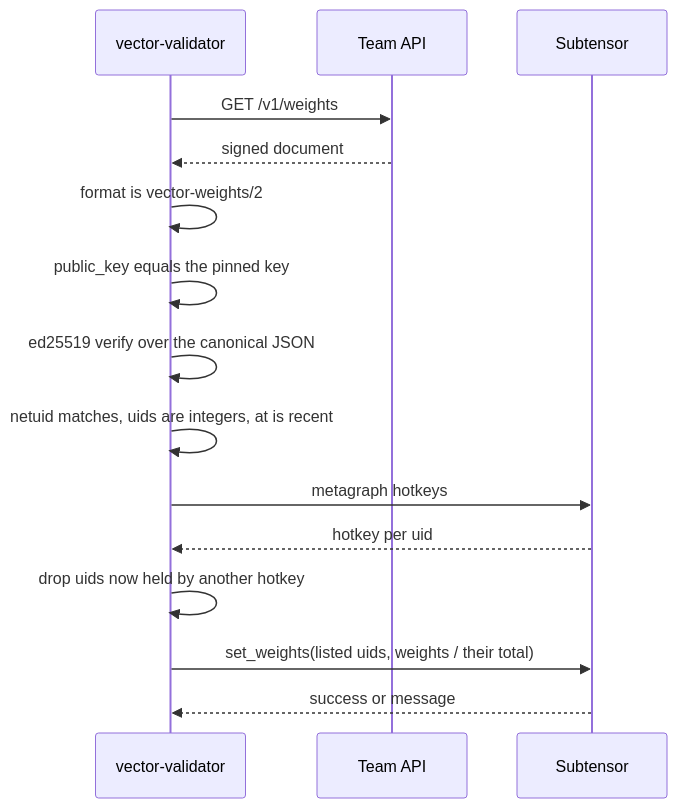
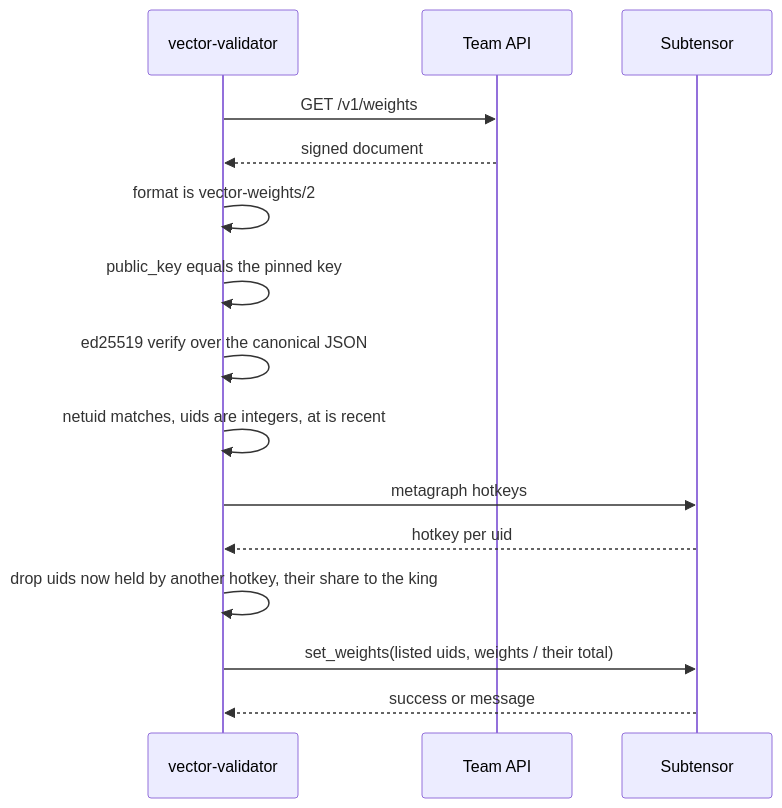
Before and after one commit to robotensor/vector-validator: the second of 2 diagrams in README.md, drawn with Mermaid. The commit also changed other lines of this file, not shown here.

````diff
--- a/README.md
+++ b/README.md
@@ -115,17 +121,17 @@
 ```mermaid
 sequenceDiagram
   participant V as vector-validator
   participant A as Team API
   participant C as Subtensor
   V->>A: GET /v1/weights
   A-->>V: signed document
   V->>V: format is vector-weights/2
   V->>V: public_key equals the pinned key
   V->>V: ed25519 verify over the canonical JSON
   V->>V: netuid matches, uids are integers, at is recent
   V->>C: metagraph hotkeys
   C-->>V: hotkey per uid
-  V->>V: drop uids now held by another hotkey
+  V->>V: drop uids now held by another hotkey, their share to the king
   V->>C: set_weights(listed uids, weights / their total)
   C-->>V: success or message
 ```
````
